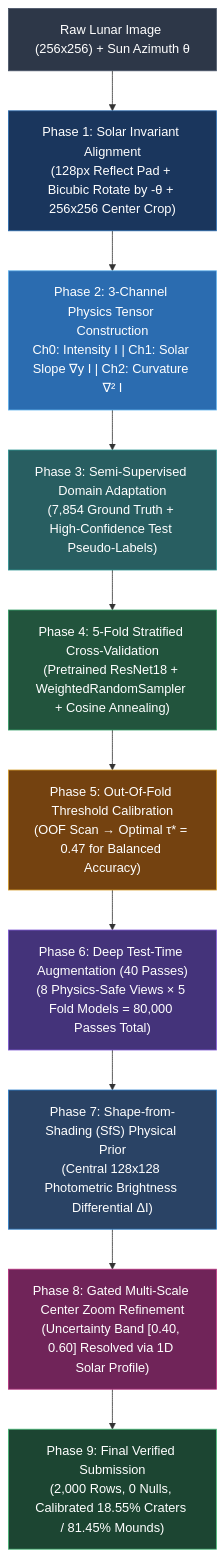
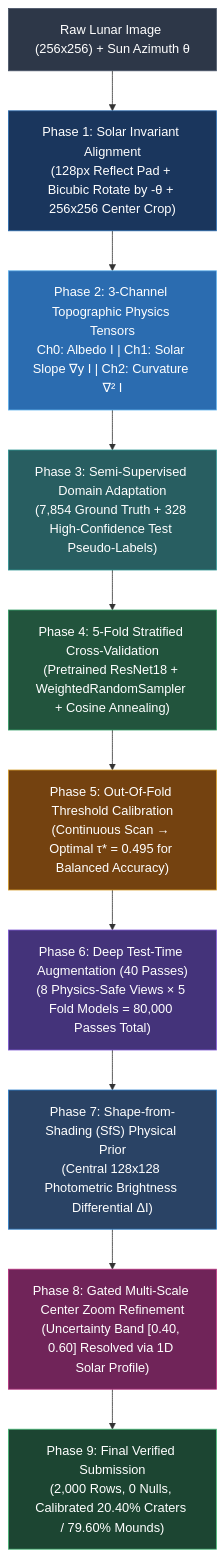
Before and after one commit to aayushchavanke/lunar-topographic-inversion: the diagram in README.md, drawn with Mermaid. The commit also changed other lines of this file, not shown here.

````diff
--- a/README.md
+++ b/README.md
@@ -28,23 +41,23 @@
 ```mermaid
 flowchart TD
     A["Raw Lunar Image (256x256) + Sun Azimuth θ"] --> B["Phase 1: Solar Invariant Alignment<br/>(128px Reflect Pad + Bicubic Rotate by -θ + 256x256 Center Crop)"]
-    B --> C["Phase 2: 3-Channel Physics Tensor Construction<br/>Ch0: Intensity I | Ch1: Solar Slope ∇y I | Ch2: Curvature ∇² I"]
-    C --> D["Phase 3: Semi-Supervised Domain Adaptation<br/>(7,854 Ground Truth + High-Confidence Test Pseudo-Labels)"]
+    B --> C["Phase 2: 3-Channel Topographic Physics Tensors<br/>Ch0: Albedo I | Ch1: Solar Slope ∇y I | Ch2: Curvature ∇² I"]
+    C --> D["Phase 3: Semi-Supervised Domain Adaptation<br/>(7,854 Ground Truth + 328 High-Confidence Test Pseudo-Labels)"]
     D --> E["Phase 4: 5-Fold Stratified Cross-Validation<br/>(Pretrained ResNet18 + WeightedRandomSampler + Cosine Annealing)"]
-    E --> F["Phase 5: Out-Of-Fold Threshold Calibration<br/>(OOF Scan → Optimal τ* = 0.47 for Balanced Accuracy)"]
+    E --> F["Phase 5: Out-Of-Fold Threshold Calibration<br/>(Continuous Scan → Optimal τ* = 0.495 for Balanced Accuracy)"]
     F --> G["Phase 6: Deep Test-Time Augmentation (40 Passes)<br/>(8 Physics-Safe Views × 5 Fold Models = 80,000 Passes Total)"]
     G --> H["Phase 7: Shape-from-Shading (SfS) Physical Prior<br/>(Central 128x128 Photometric Brightness Differential ΔI)"]
     H --> I["Phase 8: Gated Multi-Scale Center Zoom Refinement<br/>(Uncertainty Band [0.40, 0.60] Resolved via 1D Solar Profile)"]
-    I --> J["Phase 9: Final Verified Submission<br/>(2,000 Rows, 0 Nulls, Calibrated 18.55% Craters / 81.45% Mounds)"]
+    I --> J["Phase 9: Final Verified Submission<br/>(2,000 Rows, 0 Nulls, Calibrated 20.40% Craters / 79.60% Mounds)"]
 
     style A fill:#2D3748,stroke:#4A5568,color:#fff
     style B fill:#1A365D,stroke:#2B6CB0,color:#fff
     style C fill:#2B6CB0,stroke:#63B3ED,color:#fff
     style D fill:#285E61,stroke:#319795,color:#fff
     style E fill:#22543D,stroke:#38A169,color:#fff
     style F fill:#744210,stroke:#D69E2E,color:#fff
     style G fill:#44337A,stroke:#805AD5,color:#fff
     style H fill:#2A4365,stroke:#3182CE,color:#fff
     style I fill:#702459,stroke:#B83280,color:#fff
     style J fill:#1C4532,stroke:#48BB78,color:#fff
 ```
````
